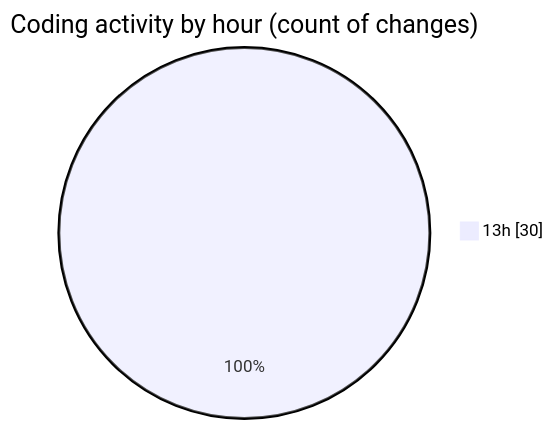
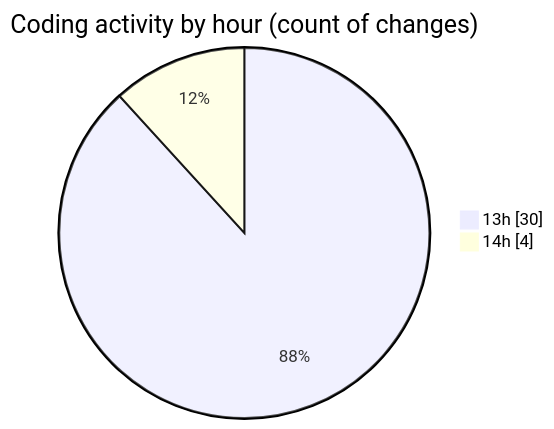
The second of 2 diagrams in 2025-05-28/ecodeli-1/README.md (CELIANVF/code-tracking), drawn with Mermaid before and after one commit. The commit also changed other lines of this file and 1 other file, not shown here.

````diff
--- a/2025-05-28/ecodeli-1/README.md
+++ b/2025-05-28/ecodeli-1/README.md
@@ -40,5 +43,6 @@
 ```mermaid
 pie showData
 title Coding activity by hour (count of changes)
 "13h" : 30
+"14h" : 4
 ```
````
